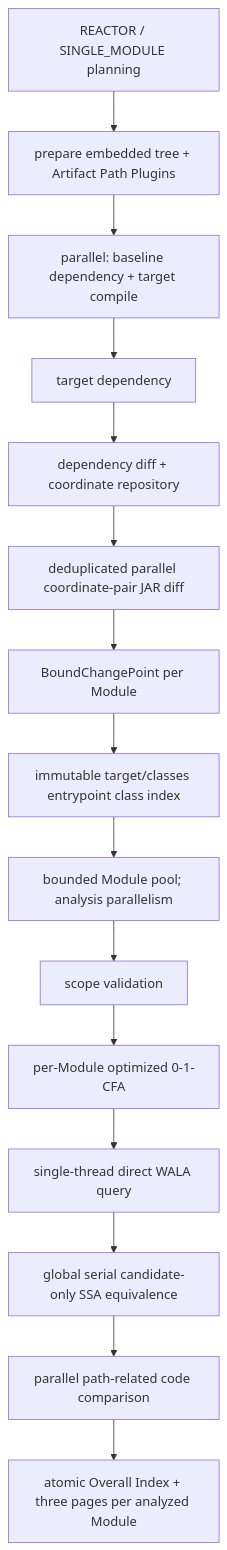
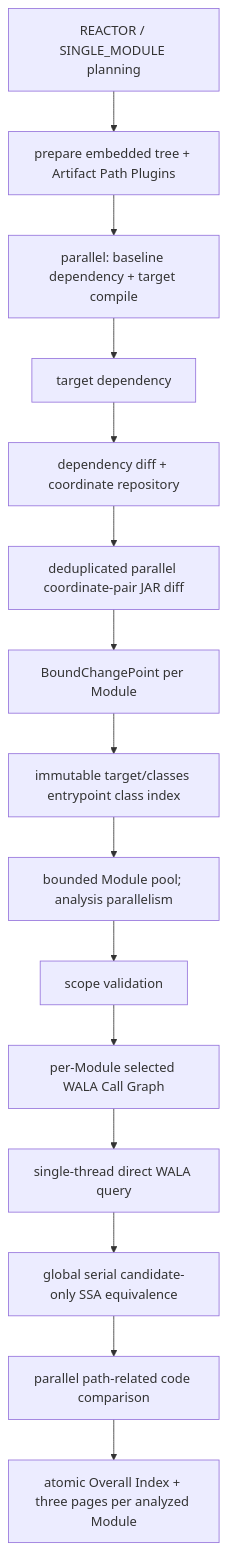
Before and after one commit to ymyii/change-impact-analyze: the diagram in wiki/architecture/dependency-analysis-pipelines.md, drawn with Mermaid. The commit also changed other lines of this file and 25 other files, not shown here.

First line of the commit message:
feat(impact): add ZeroCFA call graph selection

````diff
--- a/wiki/architecture/dependency-analysis-pipelines.md
+++ b/wiki/architecture/dependency-analysis-pipelines.md
@@ -32,17 +32,17 @@
 ```mermaid
 flowchart TD
   Scope["REACTOR / SINGLE_MODULE planning"] --> Plugin["prepare embedded tree + Artifact Path Plugins"]
   Plugin --> Front
   Front["parallel: baseline dependency + target compile"] --> TargetDep["target dependency"]
   TargetDep --> DepDiff["dependency diff + coordinate repository"]
   DepDiff --> JarDiff["deduplicated parallel coordinate-pair JAR diff"]
   JarDiff --> Bind["BoundChangePoint per Module"]
   Bind --> EntrySelection["immutable target/classes entrypoint class index"]
   EntrySelection --> ModulePool["bounded Module pool; analysis parallelism"]
   ModulePool --> ScopeValidation["scope validation"]
-  ScopeValidation --> CFA["per-Module optimized 0-1-CFA"]
+  ScopeValidation --> CFA["per-Module selected WALA Call Graph"]
   CFA --> Query["single-thread direct WALA query"]
   Query --> SSA["global serial candidate-only SSA equivalence"]
   SSA --> Decompile["parallel path-related code comparison"]
   Decompile --> Report["atomic Overall Index + three pages per analyzed Module"]
 ```
````
